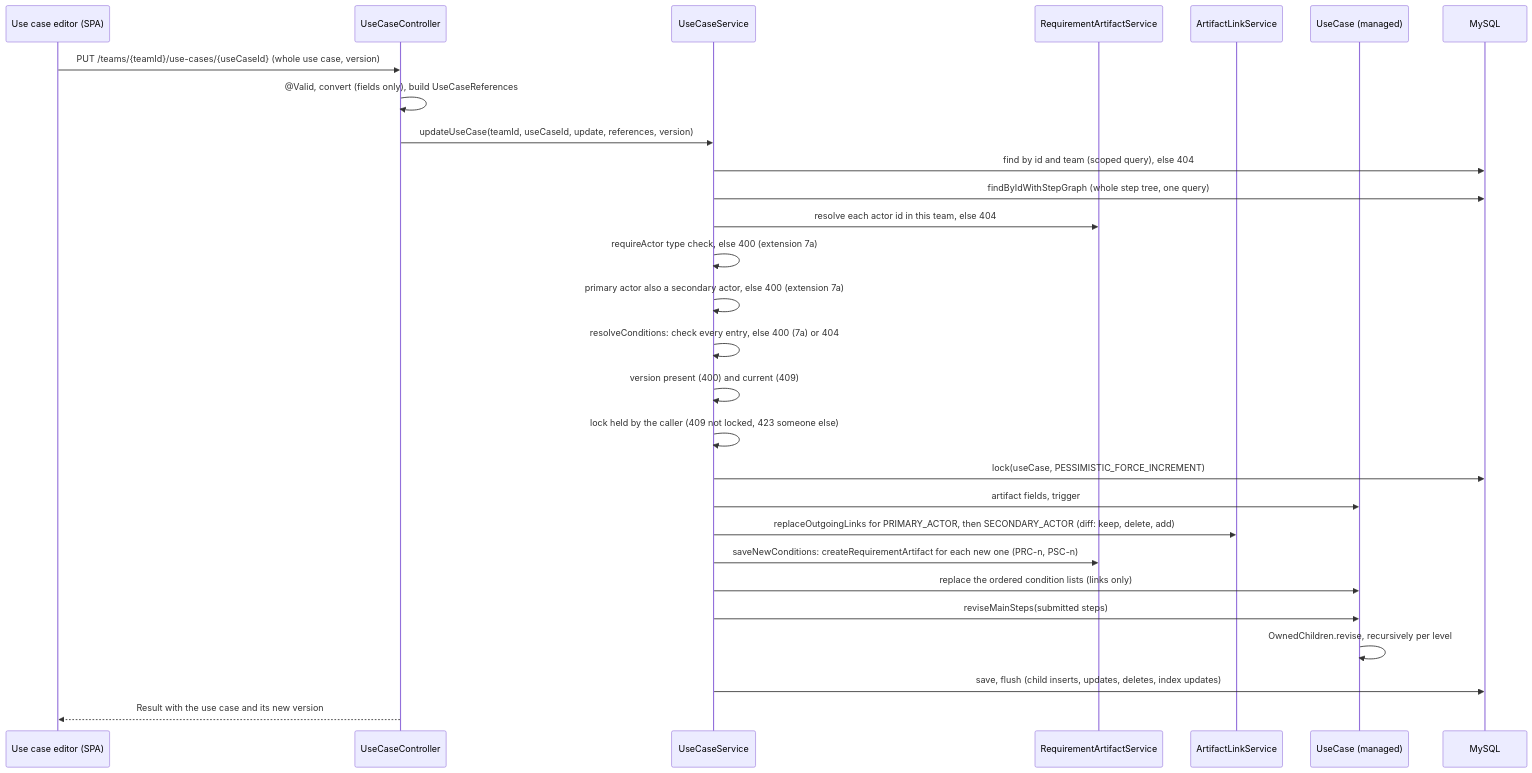
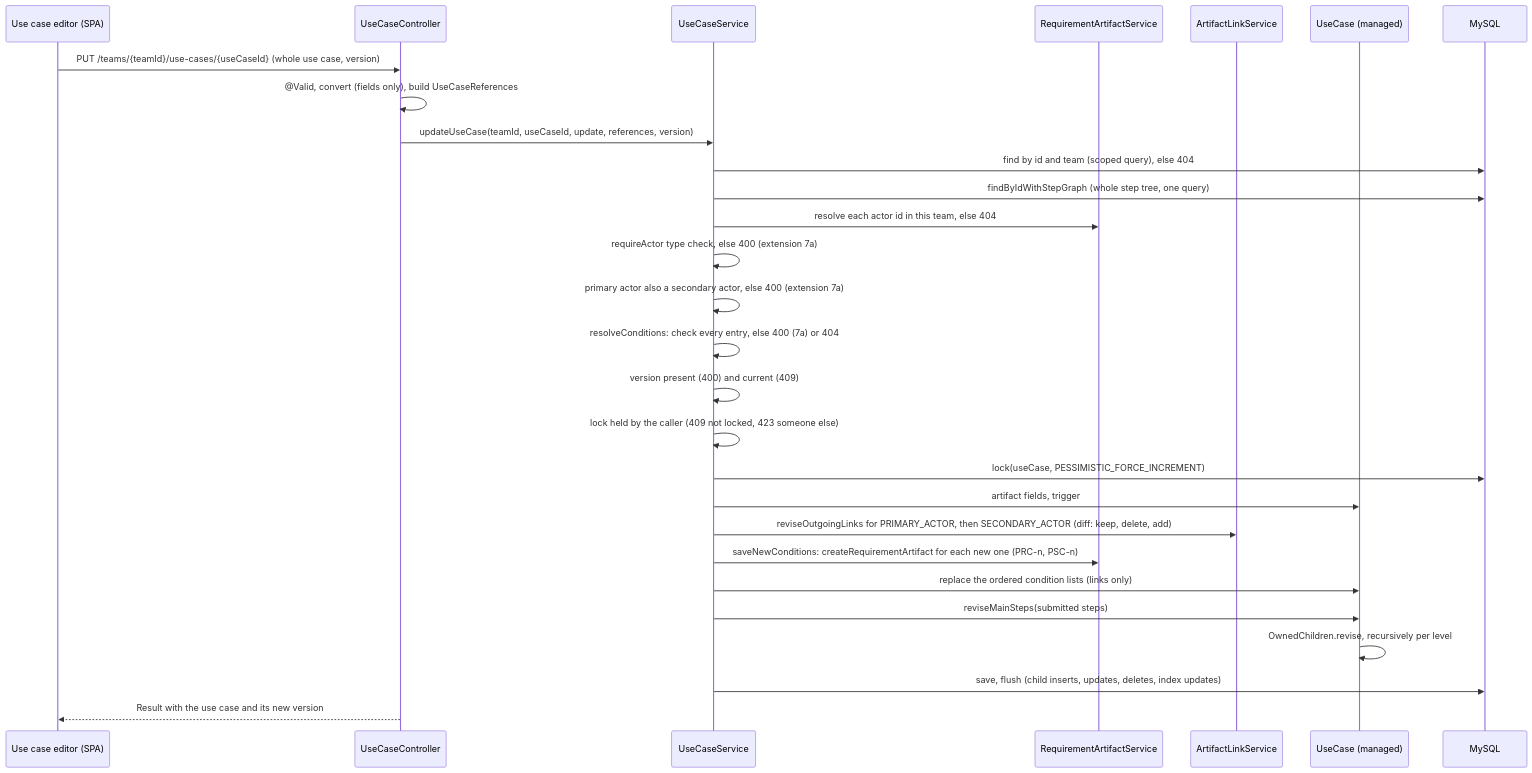
Before and after one commit to Washingtonwei/project-pulse: the third of 8 diagrams in docs/design/doc.md, drawn with Mermaid. The commit also changed other lines of this file and 5 other files, not shown here.

First line of the commit message:
Rename replaceOutgoingLinks to reviseOutgoingLinks and explain each step

````diff
--- a/docs/design/doc.md
+++ b/docs/design/doc.md
@@ -184,30 +184,30 @@
 ```mermaid
 sequenceDiagram
     participant E as Use case editor (SPA)
     participant C as UseCaseController
     participant S as UseCaseService
     participant R as RequirementArtifactService
     participant L as ArtifactLinkService
     participant U as UseCase (managed)
     participant DB as MySQL
     E->>C: PUT /teams/{teamId}/use-cases/{useCaseId} (whole use case, version)
     C->>C: @Valid, convert (fields only), build UseCaseReferences
     C->>S: updateUseCase(teamId, useCaseId, update, references, version)
     S->>DB: find by id and team (scoped query), else 404
     S->>DB: findByIdWithStepGraph (whole step tree, one query)
     S->>R: resolve each actor id in this team, else 404
     S->>S: requireActor type check, else 400 (extension 7a)
     S->>S: primary actor also a secondary actor, else 400 (extension 7a)
     S->>S: resolveConditions: check every entry, else 400 (7a) or 404
     S->>S: version present (400) and current (409)
     S->>S: lock held by the caller (409 not locked, 423 someone else)
     S->>DB: lock(useCase, PESSIMISTIC_FORCE_INCREMENT)
     S->>U: artifact fields, trigger
-    S->>L: replaceOutgoingLinks for PRIMARY_ACTOR, then SECONDARY_ACTOR (diff: keep, delete, add)
+    S->>L: reviseOutgoingLinks for PRIMARY_ACTOR, then SECONDARY_ACTOR (diff: keep, delete, add)
     S->>R: saveNewConditions: createRequirementArtifact for each new one (PRC-n, PSC-n)
     S->>U: replace the ordered condition lists (links only)
     S->>U: reviseMainSteps(submitted steps)
     U->>U: OwnedChildren.revise, recursively per level
     S->>DB: save, flush (child inserts, updates, deletes, index updates)
     C-->>E: Result with the use case and its new version
 ```
````
